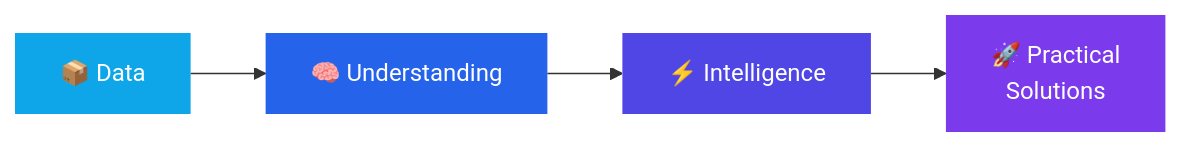
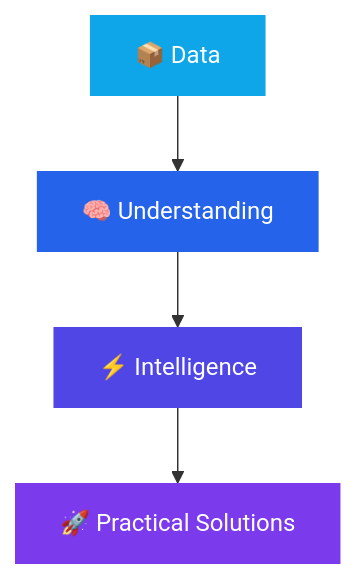
The fourth of 4 diagrams in README.md (paraskosambe-web/paraskosambe-web), drawn with Mermaid before and after one commit. The commit also changed other lines of this file, not shown here.

````diff
--- a/README.md
+++ b/README.md
@@ -349,8 +321,8 @@
 ```mermaid
-flowchart LR
-    D["📦 Data"] --> U["🧠 Understanding"] --> I["⚡ Intelligence"] --> P["🚀 Practical<br/>Solutions"]
+flowchart TD
+    D["📦 Data"] --> U["🧠 Understanding"] --> I["⚡ Intelligence"] --> P["🚀 Practical Solutions"]
     style D fill:#0ea5e9,color:#fff,stroke:none
     style U fill:#2563eb,color:#fff,stroke:none
     style I fill:#4f46e5,color:#fff,stroke:none
     style P fill:#7c3aed,color:#fff,stroke:none
 ```
````
